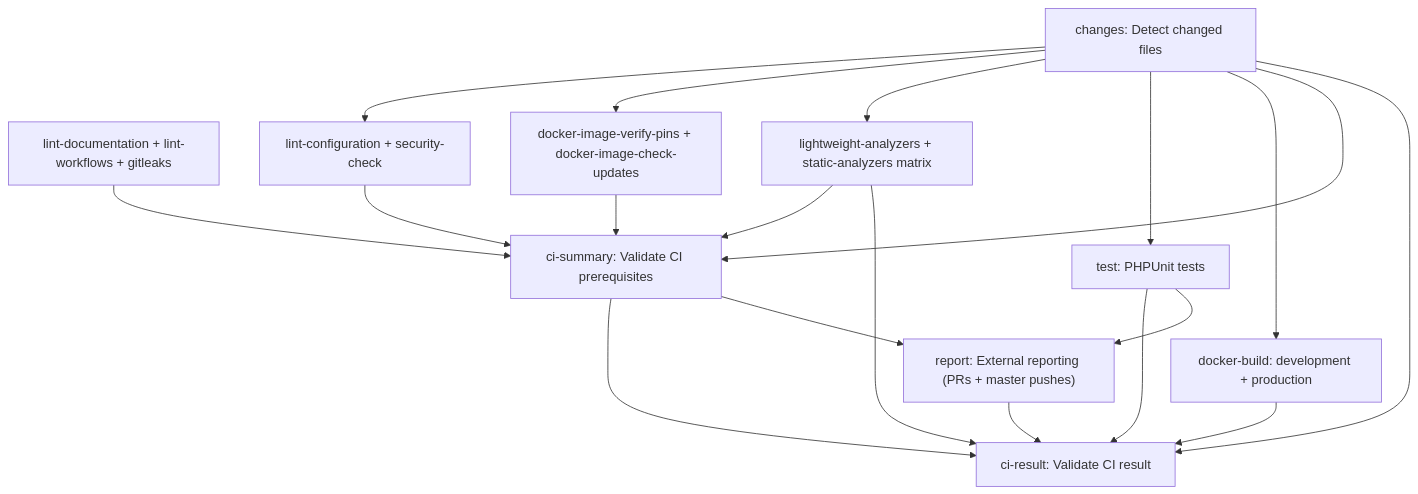
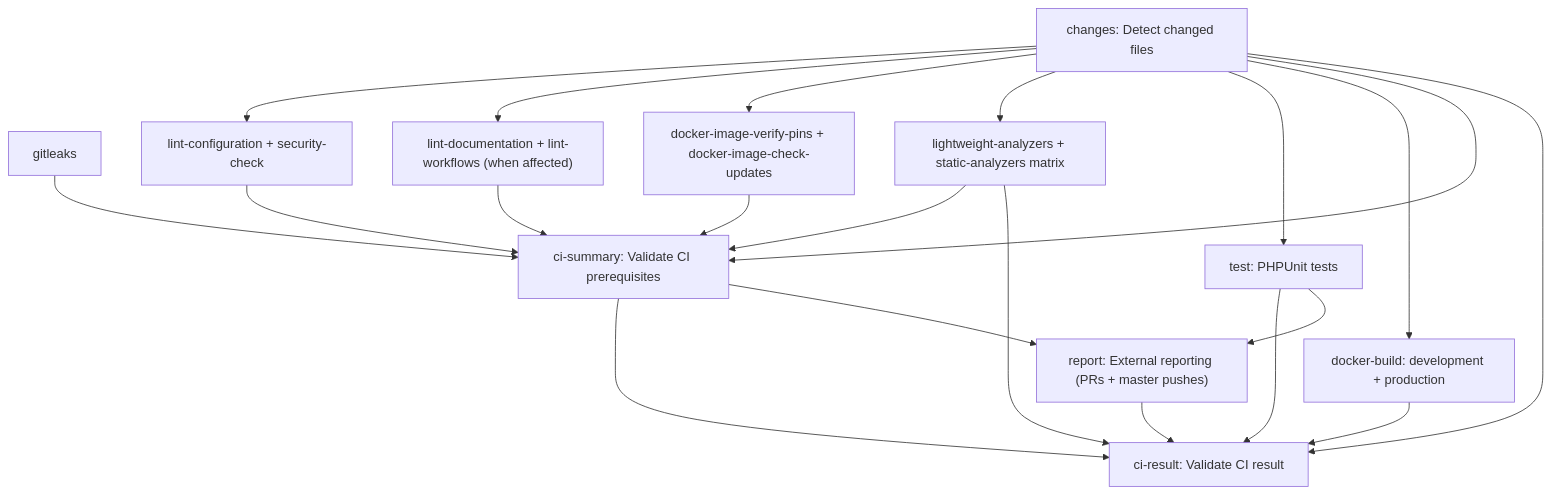
Before and after one commit to tarlepp/symfony-flex-backend: the second of 3 diagrams in doc/GITHUB_WORKFLOWS.md, drawn with Mermaid. The commit also changed other lines of this file and 17 other files, not shown here.

````diff
--- a/doc/GITHUB_WORKFLOWS.md
+++ b/doc/GITHUB_WORKFLOWS.md
@@ -151,31 +191,34 @@
 ```mermaid
 flowchart TD
     Changes["changes: Detect changed files"]
-    Independent["lint-documentation + lint-workflows + gitleaks"]
+    Independent["gitleaks"]
+    Documentation["lint-documentation + lint-workflows (when affected)"]
     Checks["lint-configuration + security-check"]
     Images["docker-image-verify-pins + docker-image-check-updates"]
     Analyzers["lightweight-analyzers + static-analyzers matrix"]
     Tests["test: PHPUnit tests"]
     Builds["docker-build: development + production"]
     Prereq["ci-summary: Validate CI prerequisites"]
     Final["ci-result: Validate CI result"]
     Report["report: External reporting (PRs + master pushes)"]
     Changes --> Checks
+    Changes --> Documentation
     Changes --> Images
     Changes --> Analyzers
     Changes --> Tests
     Changes --> Builds
     Changes --> Prereq
     Independent --> Prereq
+    Documentation --> Prereq
     Checks --> Prereq
     Images --> Prereq
     Analyzers --> Prereq
     Changes --> Final
     Prereq --> Final
     Analyzers --> Final
     Tests --> Final
     Builds --> Final
     Prereq --> Report
     Tests --> Report
     Report --> Final
 ```
````
